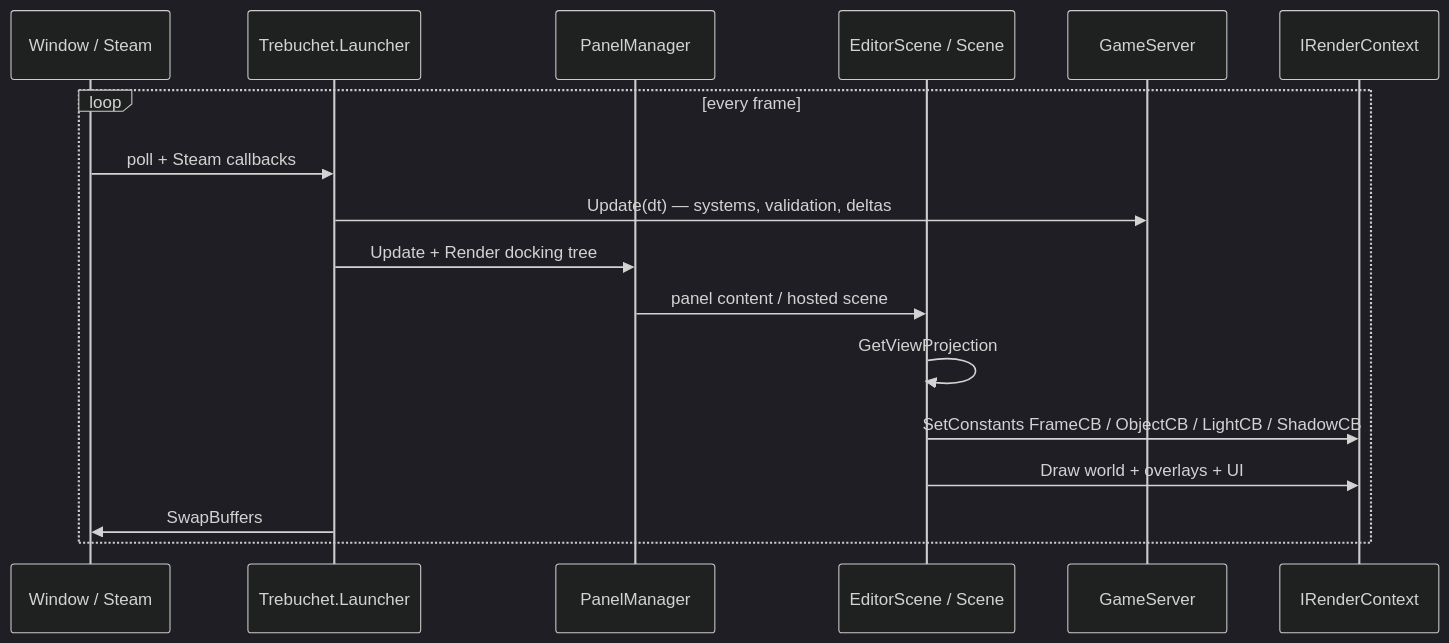
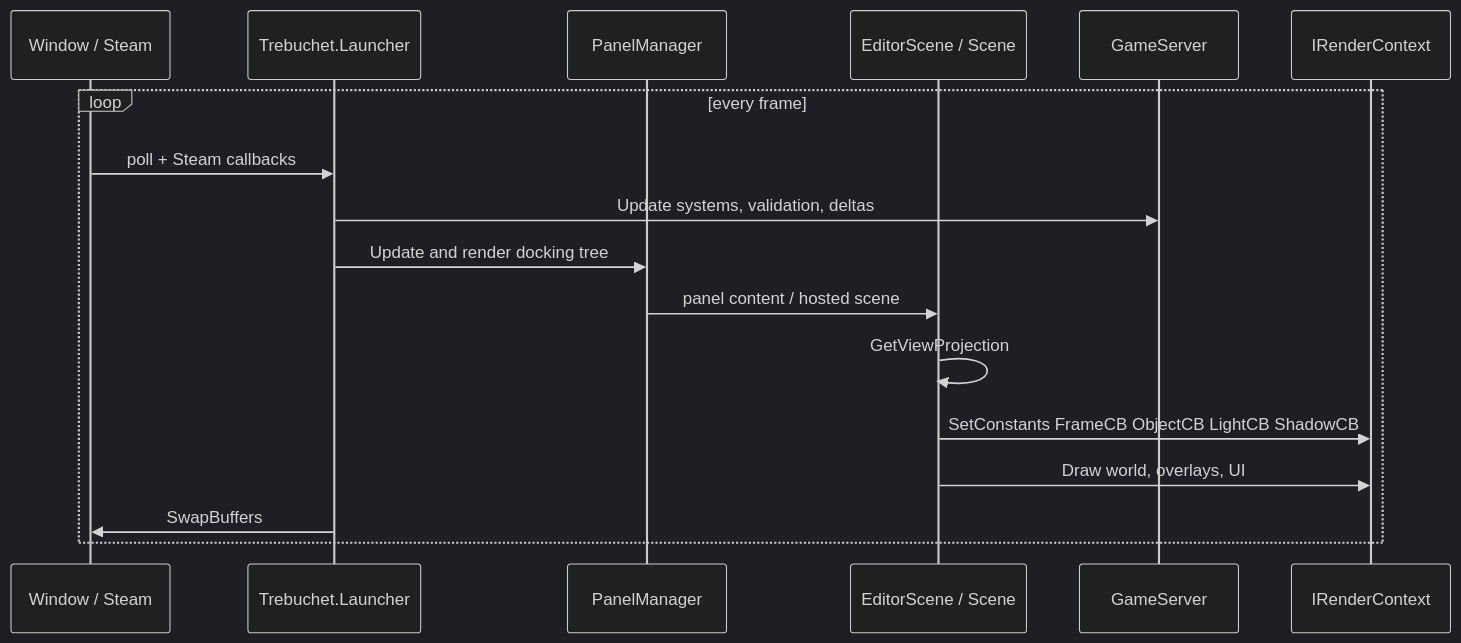
The sixth of 8 diagrams in docs/ARCHITECTURE.md (ireakhavok/Castle), drawn with Mermaid before and after one commit. The commit also changed other lines of this file and 6 other files, not shown here.

````diff
--- a/docs/ARCHITECTURE.md
+++ b/docs/ARCHITECTURE.md
@@ -245,21 +247,21 @@
 ```mermaid
 %%{init: {'theme':'dark'}}%%
 sequenceDiagram
   participant OS as Window / Steam
   participant L as Trebuchet.Launcher
   participant PM as PanelManager
   participant ES as EditorScene / Scene
   participant GS as GameServer
   participant GPU as IRenderContext
 
   loop every frame
     OS->>L: poll + Steam callbacks
-    L->>GS: Update(dt) — systems, validation, deltas
-    L->>PM: Update + Render docking tree
+    L->>GS: Update systems, validation, deltas
+    L->>PM: Update and render docking tree
     PM->>ES: panel content / hosted scene
     ES->>ES: GetViewProjection
-    ES->>GPU: SetConstants FrameCB / ObjectCB / LightCB / ShadowCB
-    ES->>GPU: Draw world + overlays + UI
+    ES->>GPU: SetConstants FrameCB ObjectCB LightCB ShadowCB
+    ES->>GPU: Draw world, overlays, UI
     L->>OS: SwapBuffers
   end
 ```
````
